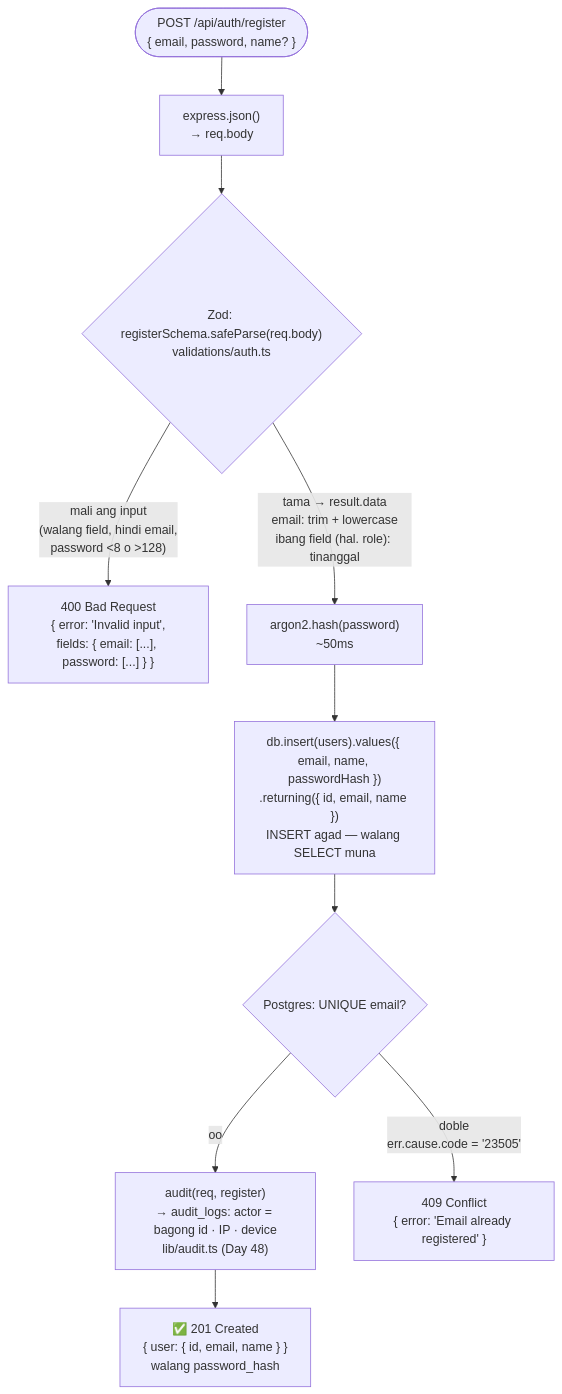
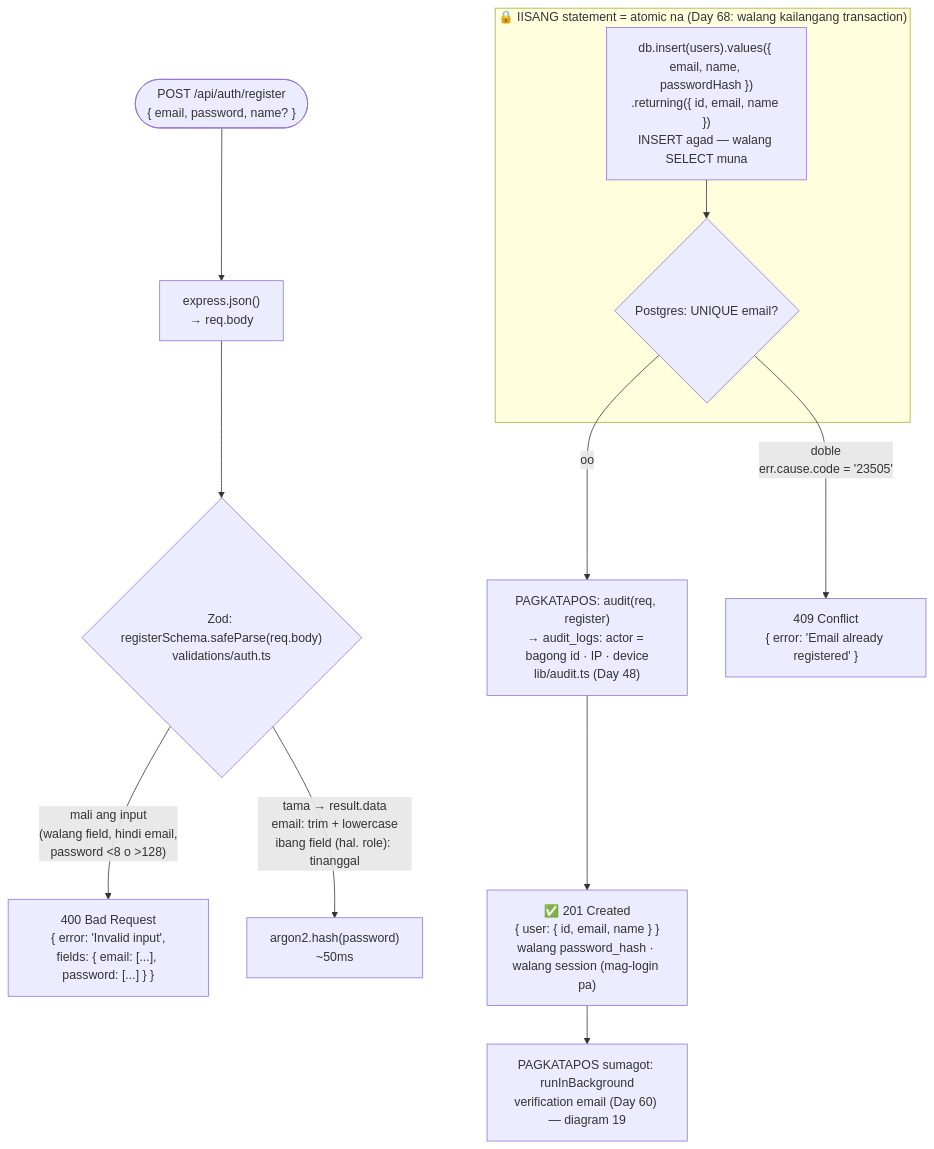
One commit to nelson1869-ai/auth-learning changed the first of 2 diagrams in docs/diagrams/03-register-flow.md. Above: the diagram before and after it, drawn with Mermaid. The commit also changed 9 other files, not shown here.

First line of the commit message:
docs: Day 68 transaction boundaries in diagrams, .http notes, journal

````diff
--- a/docs/diagrams/03-register-flow.md
+++ b/docs/diagrams/03-register-flow.md
@@ -10,12 +10,15 @@
 ```mermaid
 flowchart TD
     Req(["POST /api/auth/register<br/>{ email, password, name? }"]) --> JSON["express.json()<br/>→ req.body"]
     JSON --> Zod{"Zod: registerSchema.safeParse(req.body)<br/>validations/auth.ts"}
     Zod -->|"mali ang input<br/>(walang field, hindi email,<br/>password &lt;8 o &gt;128)"| C400["400 Bad Request<br/>{ error: 'Invalid input',<br/>fields: { email: [...], password: [...] } }"]
     Zod -->|"tama → result.data<br/>email: trim + lowercase<br/>ibang field (hal. role): tinanggal"| Hash["argon2.hash(password)<br/>~50ms"]
-    Hash --> Insert["db.insert(users).values({ email, name, passwordHash })<br/>.returning({ id, email, name })<br/>INSERT agad — walang SELECT muna"]
-    Insert --> DB{"Postgres: UNIQUE email?"}
-    DB -->|"oo"| Aud["audit(req, register)<br/>→ audit_logs: actor = bagong id · IP · device<br/>lib/audit.ts (Day 48)"]
-    Aud --> C201["✅ 201 Created<br/>{ user: { id, email, name } }<br/>walang password_hash"]
+    subgraph ONE["🔒 IISANG statement = atomic na (Day 68: walang kailangang transaction)"]
+        Insert["db.insert(users).values({ email, name, passwordHash })<br/>.returning({ id, email, name })<br/>INSERT agad — walang SELECT muna"]
+        Insert --> DB{"Postgres: UNIQUE email?"}
+    end
+    DB -->|"oo"| Aud["PAGKATAPOS: audit(req, register)<br/>→ audit_logs: actor = bagong id · IP · device<br/>lib/audit.ts (Day 48)"]
+    Aud --> C201["✅ 201 Created<br/>{ user: { id, email, name } }<br/>walang password_hash · walang session (mag-login pa)"]
+    C201 --> Mail["PAGKATAPOS sumagot: runInBackground<br/>verification email (Day 60) — diagram 19"]
     DB -->|"doble<br/>err.cause.code = '23505'"| C409["409 Conflict<br/>{ error: 'Email already registered' }"]
 ```
````
